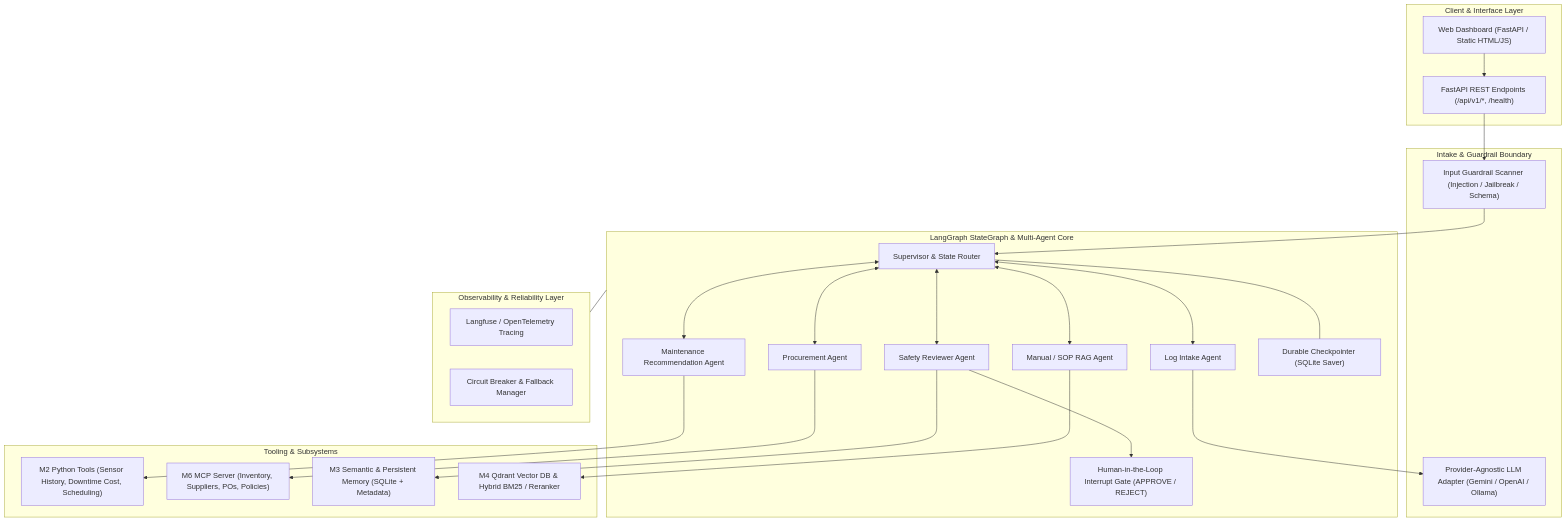
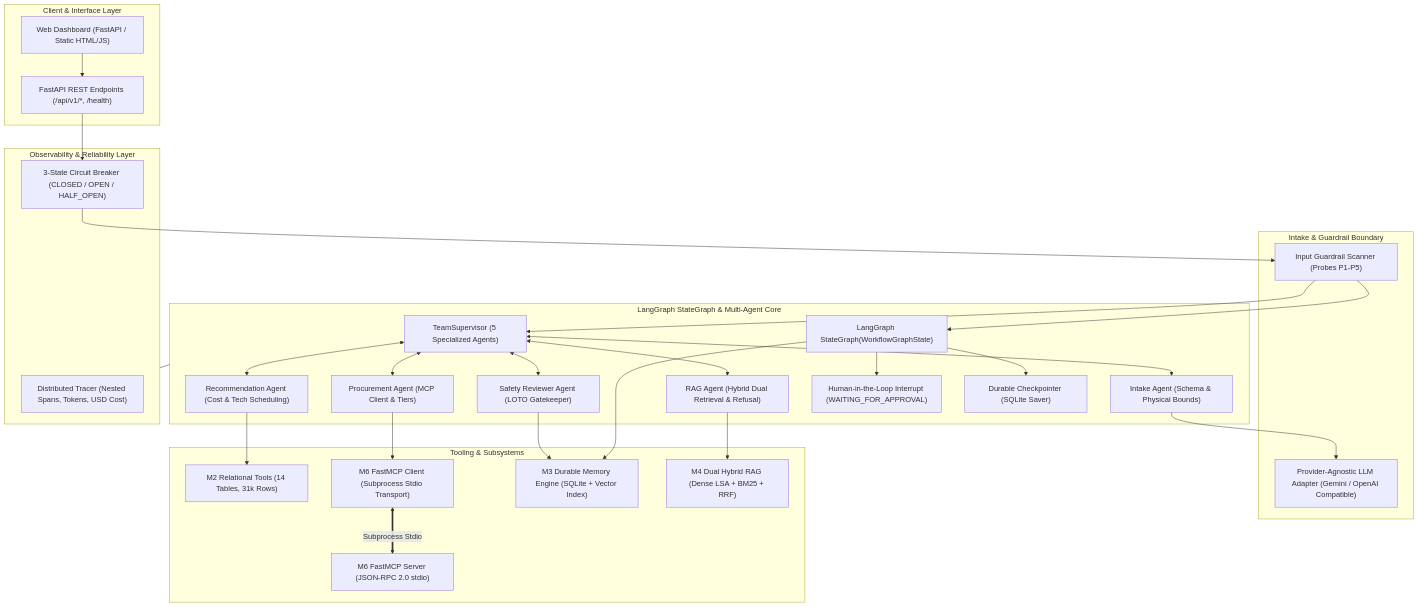
The diagram in docs/architecture.md (HarshaVathaluru/PlantMonitoring), drawn with Mermaid before and after one commit. The commit also changed other lines of this file and 27 other files, not shown here.

Commit message:
Complete PlantGuard Level 4 requirements: OS subprocess memory restart, M1/M2/M6 evidence artifacts, 67/67 passing tests, and updated scorecard (32/32)

````diff
--- a/docs/architecture.md
+++ b/docs/architecture.md
@@ -5,54 +5,62 @@
 ```mermaid
 flowchart TD
     subgraph ClientLayer ["Client & Interface Layer"]
         UI["Web Dashboard (FastAPI / Static HTML/JS)"]
         API["FastAPI REST Endpoints (/api/v1/*, /health)"]
     end
 
     subgraph IngestionGuardrails ["Intake & Guardrail Boundary"]
-        InputGuard["Input Guardrail Scanner (Injection / Jailbreak / Schema)"]
-        LLMAdapter["Provider-Agnostic LLM Adapter (Gemini / OpenAI / Ollama)"]
+        InputGuard["Input Guardrail Scanner (Probes P1-P5)"]
+        LLMAdapter["Provider-Agnostic LLM Adapter (Gemini / OpenAI Compatible)"]
     end
 
     subgraph AgenticCore ["LangGraph StateGraph & Multi-Agent Core"]
-        Supervisor["Supervisor & State Router"]
-        IntakeAgent["Log Intake Agent"]
-        RAGAgent["Manual / SOP RAG Agent"]
-        MaintAgent["Maintenance Recommendation Agent"]
-        ProcureAgent["Procurement Agent"]
-        SafetyAgent["Safety Reviewer Agent"]
-        HITL["Human-in-the-Loop Interrupt Gate (APPROVE / REJECT)"]
+        Supervisor["TeamSupervisor (5 Specialized Agents)"]
+        StateGraph["LangGraph StateGraph(WorkflowGraphState)"]
+        IntakeAgent["Intake Agent (Schema & Physical Bounds)"]
+        RAGAgent["RAG Agent (Hybrid Dual Retrieval & Refusal)"]
+        MaintAgent["Recommendation Agent (Cost & Tech Scheduling)"]
+        ProcureAgent["Procurement Agent (MCP Client & Tiers)"]
+        SafetyAgent["Safety Reviewer Agent (LOTO Gatekeeper)"]
+        HITL["Human-in-the-Loop Interrupt (WAITING_FOR_APPROVAL)"]
         Checkpointer["Durable Checkpointer (SQLite Saver)"]
     end
 
     subgraph ToolingAndIntegrations ["Tooling & Subsystems"]
-        Tools["M2 Python Tools (Sensor History, Downtime Cost, Scheduling)"]
-        MCPServer["M6 MCP Server (Inventory, Suppliers, POs, Policies)"]
-        Memory["M3 Semantic & Persistent Memory (SQLite + Metadata)"]
-        QdrantEngine["M4 Qdrant Vector DB & Hybrid BM25 / Reranker"]
+        Tools["M2 Relational Tools (14 Tables, 31k Rows)"]
+        MCPClient["M6 FastMCP Client (Subprocess Stdio Transport)"]
+        MCPServer["M6 FastMCP Server (JSON-RPC 2.0 stdio)"]
+        Memory["M3 Durable Memory Engine (SQLite + Vector Index)"]
+        HybridRAG["M4 Dual Hybrid RAG (Dense LSA + BM25 + RRF)"]
     end
 
     subgraph ObservabilityLayer ["Observability & Reliability Layer"]
-        LangfuseClient["Langfuse / OpenTelemetry Tracing"]
-        CircuitBreaker["Circuit Breaker & Fallback Manager"]
+        Tracer["Distributed Tracer (Nested Spans, Tokens, USD Cost)"]
+        CircuitBreaker["3-State Circuit Breaker (CLOSED / OPEN / HALF_OPEN)"]
     end
 
     UI --> API
-    API --> InputGuard
+    API --> CircuitBreaker
+    CircuitBreaker --> InputGuard
+    InputGuard --> StateGraph
     InputGuard --> Supervisor
+
+    StateGraph --> Checkpointer
+    StateGraph --> HITL
+    StateGraph --> Memory
+
     Supervisor <--> IntakeAgent
     Supervisor <--> RAGAgent
     Supervisor <--> MaintAgent
     Supervisor <--> ProcureAgent
     Supervisor <--> SafetyAgent
-    SafetyAgent --> HITL
-    Supervisor --- Checkpointer
 
     IntakeAgent --> LLMAdapter
-    RAGAgent --> QdrantEngine
+    RAGAgent --> HybridRAG
     MaintAgent --> Tools
-    ProcureAgent --> MCPServer
+    ProcureAgent --> MCPClient
+    MCPClient <== Subprocess Stdio ==> MCPServer
     SafetyAgent --> Memory
 
     AgenticCore --- ObservabilityLayer
 ```
````
